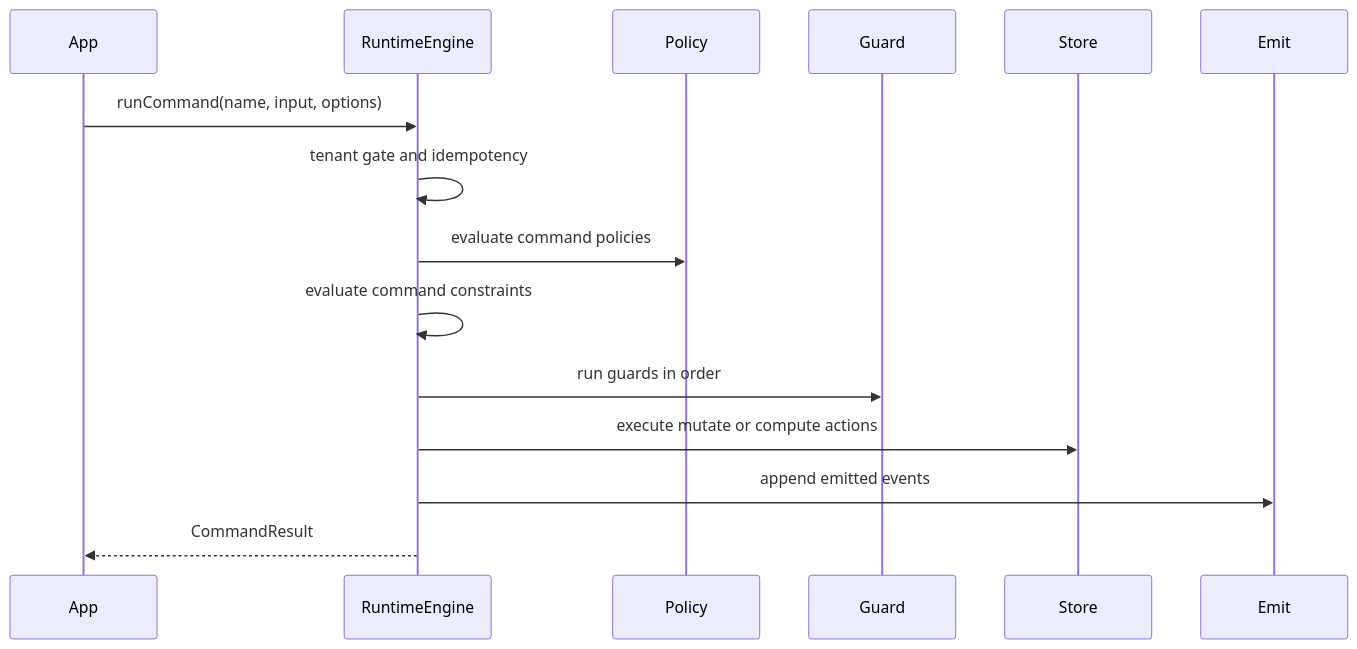
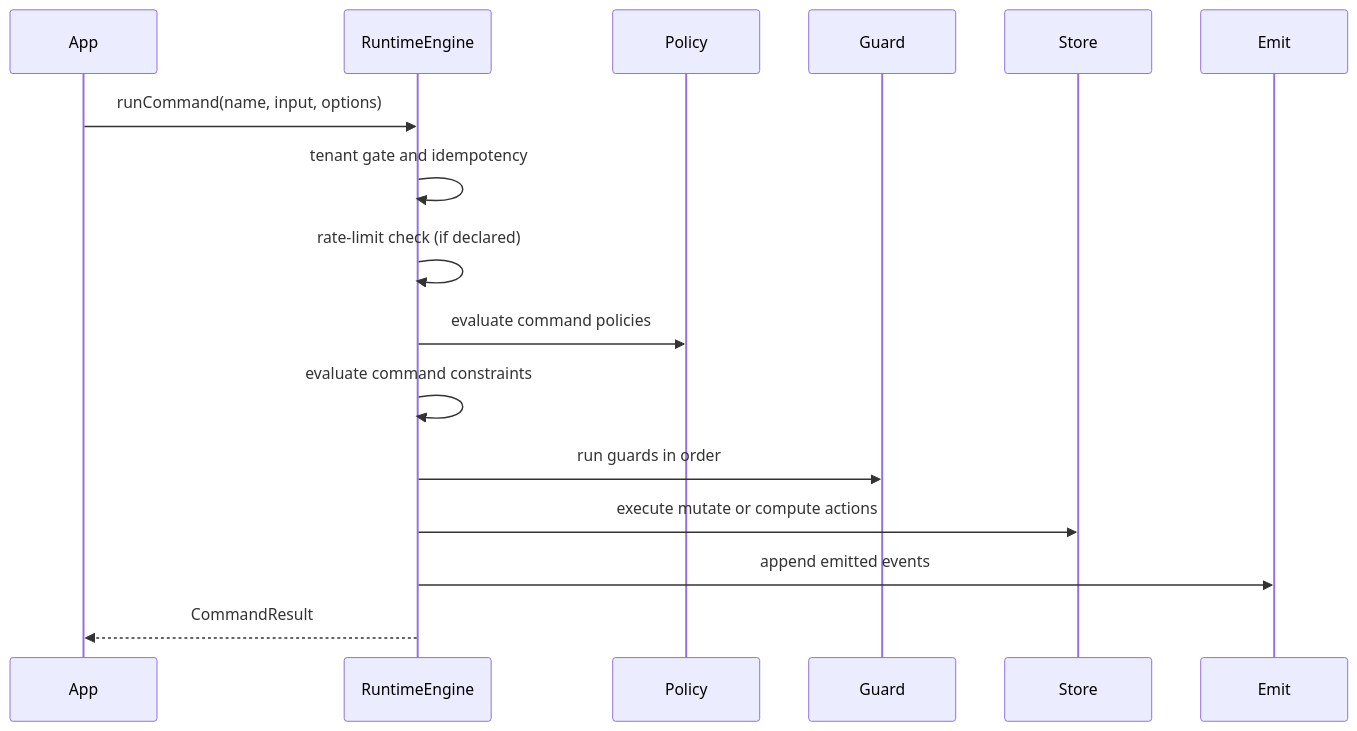
Before and after one commit to Angriff36/Manifest: the diagram in docs/reference/runtime-engine.md, drawn with Mermaid. The commit also changed other lines of this file and 31 other files, not shown here.

````diff
--- a/docs/reference/runtime-engine.md
+++ b/docs/reference/runtime-engine.md
@@ -26,18 +26,19 @@
 ```mermaid
 sequenceDiagram
   participant App
   participant Runtime as RuntimeEngine
   participant Policy
   participant Guard
   participant Store
   participant Emit
 
   App->>Runtime: runCommand(name, input, options)
   Runtime->>Runtime: tenant gate and idempotency
+  Runtime->>Runtime: rate-limit check (if declared)
   Runtime->>Policy: evaluate command policies
   Runtime->>Runtime: evaluate command constraints
   Runtime->>Guard: run guards in order
   Runtime->>Store: execute mutate or compute actions
   Runtime->>Emit: append emitted events
   Runtime-->>App: CommandResult
 ```
````
